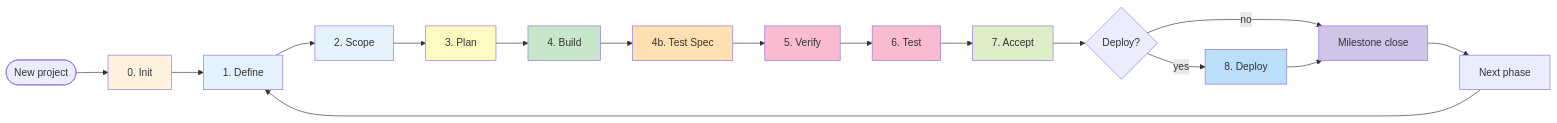
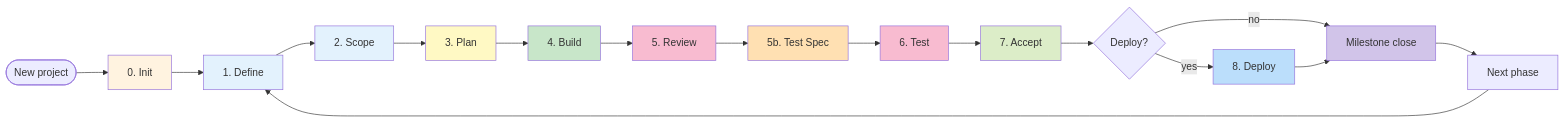
The diagram in codex-skills/vg-LIFECYCLE/SKILL.md (vietdev99/vgflow), drawn with Mermaid before and after one commit. The commit also changed other lines of this file and 10 other files, not shown here.

````diff
--- a/codex-skills/vg-LIFECYCLE/SKILL.md
+++ b/codex-skills/vg-LIFECYCLE/SKILL.md
@@ -172,30 +172,30 @@
 ```mermaid
 flowchart LR
     Start([New project]) --> P0[0. Init]
     P0 --> P1[1. Define]
     P1 --> P2[2. Scope]
     P2 --> P3[3. Plan]
     P3 --> P4[4. Build]
-    P4 --> P4B[4b. Test Spec]
-    P4B --> P5[5. Verify]
-    P5 --> P6[6. Test]
+    P4 --> P5[5. Review]
+    P5 --> P5B[5b. Test Spec]
+    P5B --> P6[6. Test]
     P6 --> P7[7. Accept]
     P7 --> P8{Deploy?}
     P8 -->|yes| Deploy[8. Deploy]
     P8 -->|no| Close[Milestone close]
     Deploy --> Close
     Close --> NextPhase[Next phase]
     NextPhase --> P1
 
     style P0 fill:#fff3e0
     style P1 fill:#e3f2fd
     style P2 fill:#e3f2fd
     style P3 fill:#fff9c4
     style P4 fill:#c8e6c9
-    style P4B fill:#ffe0b2
     style P5 fill:#f8bbd0
+    style P5B fill:#ffe0b2
     style P6 fill:#f8bbd0
     style P7 fill:#dcedc8
     style Deploy fill:#bbdefb
     style Close fill:#d1c4e9
 ```
````
